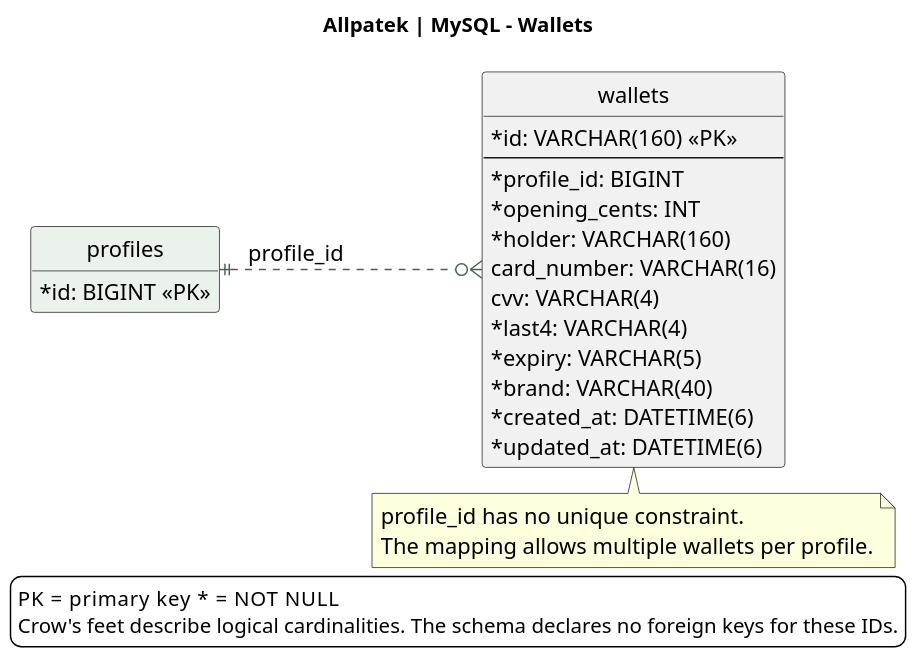
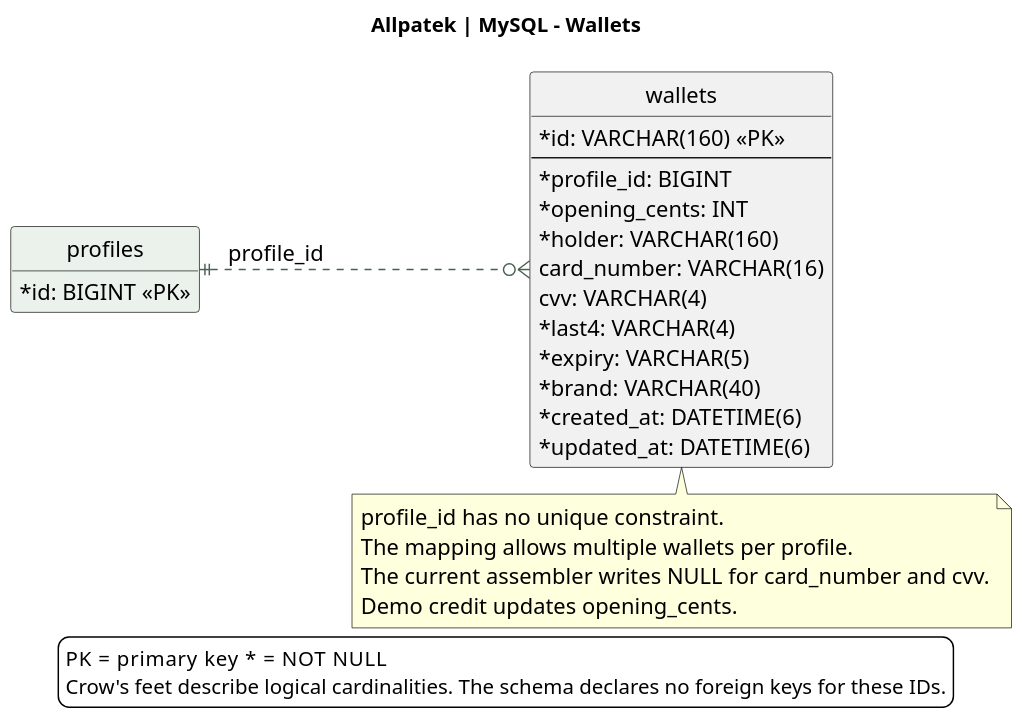
The diagram in assets/chapter-04/architecture/16-database-payments.puml (upc-pre-202620-1asi0729-7753-Terranova/allpatek-report), drawn with PlantUML before and after one commit. The commit also changed 3 other files, not shown here.

Commit message:
docs(database): clarify masked card and demo balance persistence

```diff
--- a/assets/chapter-04/architecture/16-database-payments.puml
+++ b/assets/chapter-04/architecture/16-database-payments.puml
@@ -1,40 +1,42 @@
 @startuml
 !pragma layout smetana
 skinparam backgroundColor white
 skinparam defaultFontName SansSerif
 skinparam defaultFontSize 15
 skinparam shadowing false
 skinparam classAttributeIconSize 0
 skinparam ArrowColor #476050
 skinparam dpi 140
 hide methods
 hide circle
 title Allpatek | MySQL - Wallets
 left to right direction
 entity "wallets" as wallet {
   {field} * id: VARCHAR(160) <<PK>>
   --
   {field} * profile_id: BIGINT
   {field} * opening_cents: INT
   {field} * holder: VARCHAR(160)
   {field} card_number: VARCHAR(16)
   {field} cvv: VARCHAR(4)
   {field} * last4: VARCHAR(4)
   {field} * expiry: VARCHAR(5)
   {field} * brand: VARCHAR(40)
   {field} * created_at: DATETIME(6)
   {field} * updated_at: DATETIME(6)
 }
 entity "profiles" as profile #EAF2EB {
   {field} * id: BIGINT <<PK>>
 }
 profile ||..o{ wallet : profile_id
 note bottom of wallet
   profile_id has no unique constraint.
   The mapping allows multiple wallets per profile.
+  The current assembler writes NULL for card_number and cvv.
+  Demo credit updates opening_cents.
 end note
 legend bottom
 PK = primary key     * = NOT NULL
 Crow's feet describe logical cardinalities. The schema declares no foreign keys for these IDs.
 endlegend
 @enduml
```
